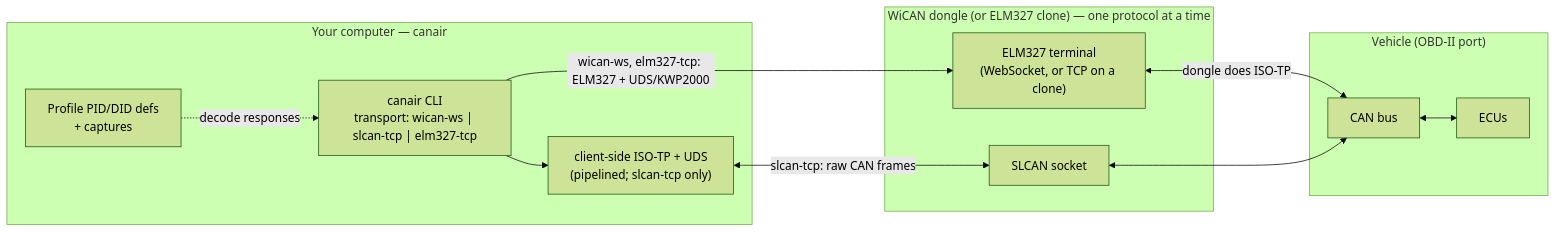
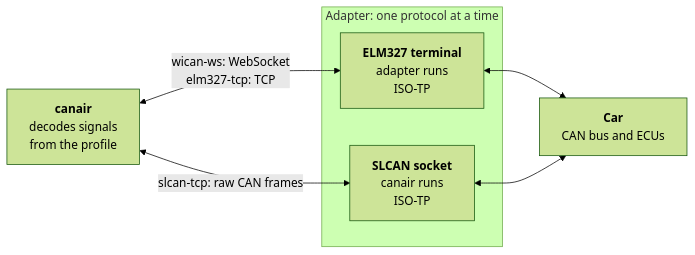
Before and after one commit to philipkocanda/canair: the diagram in docs/concepts/architecture.md, drawn with Mermaid (forest theme).

Commit message:
docs(architecture): redraw the connection diagram wider and simpler

````diff
--- a/docs/concepts/architecture.md
+++ b/docs/concepts/architecture.md
@@ -11,23 +11,13 @@
 ```mermaid
 flowchart LR
-    subgraph host["Your computer — canair"]
-        cli["canair CLI<br/>transport: wican-ws | slcan-tcp | elm327-tcp"]
-        defs["Profile PID/DID defs<br/>+ captures"]
-        isotp["client-side ISO-TP + UDS<br/>(pipelined; slcan-tcp only)"]
+    canair["<b>canair</b><br/>decodes signals<br/>from the profile"]
+    subgraph adapter["Adapter: one protocol at a time"]
+        elm["<b>ELM327 terminal</b><br/>adapter runs<br/>ISO-TP"]
+        slcan["<b>SLCAN socket</b><br/>canair runs<br/>ISO-TP"]
     end
-    subgraph wican["WiCAN dongle (or ELM327 clone) — one protocol at a time"]
-        ws["ELM327 terminal<br/>(WebSocket, or TCP on a clone)"]
-        slcan["SLCAN socket"]
-    end
-    subgraph car["Vehicle (OBD-II port)"]
-        bus["CAN bus"]
-        ecus["ECUs"]
-    end
-    cli -->|"wican-ws, elm327-tcp: ELM327 + UDS/KWP2000"| ws
-    cli --> isotp
-    isotp <-->|"slcan-tcp: raw CAN frames"| slcan
-    ws <-->|"dongle does ISO-TP"| bus
-    slcan <--> bus
-    bus <--> ecus
-    defs -.->|"decode responses"| cli
+    car["<b>Car</b><br/>CAN bus and ECUs"]
+    canair <-->|"wican-ws: WebSocket<br/>elm327-tcp: TCP"| elm
+    canair <-->|"slcan-tcp: raw CAN frames"| slcan
+    elm <--> car
+    slcan <--> car
 ```
````
